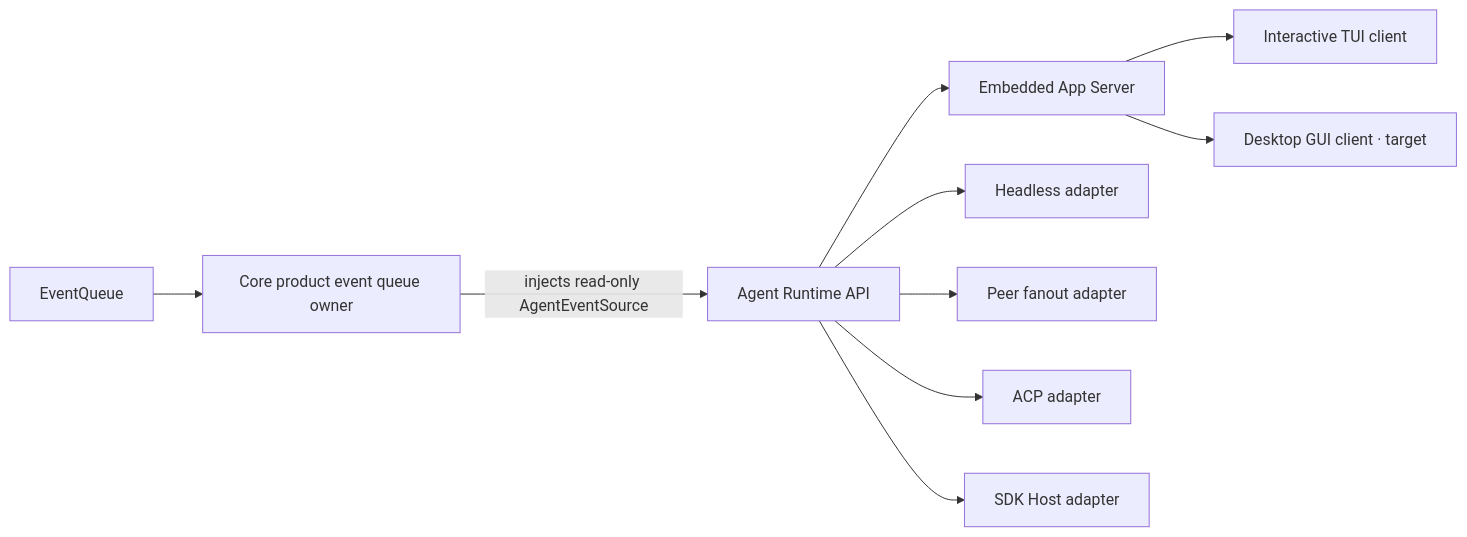
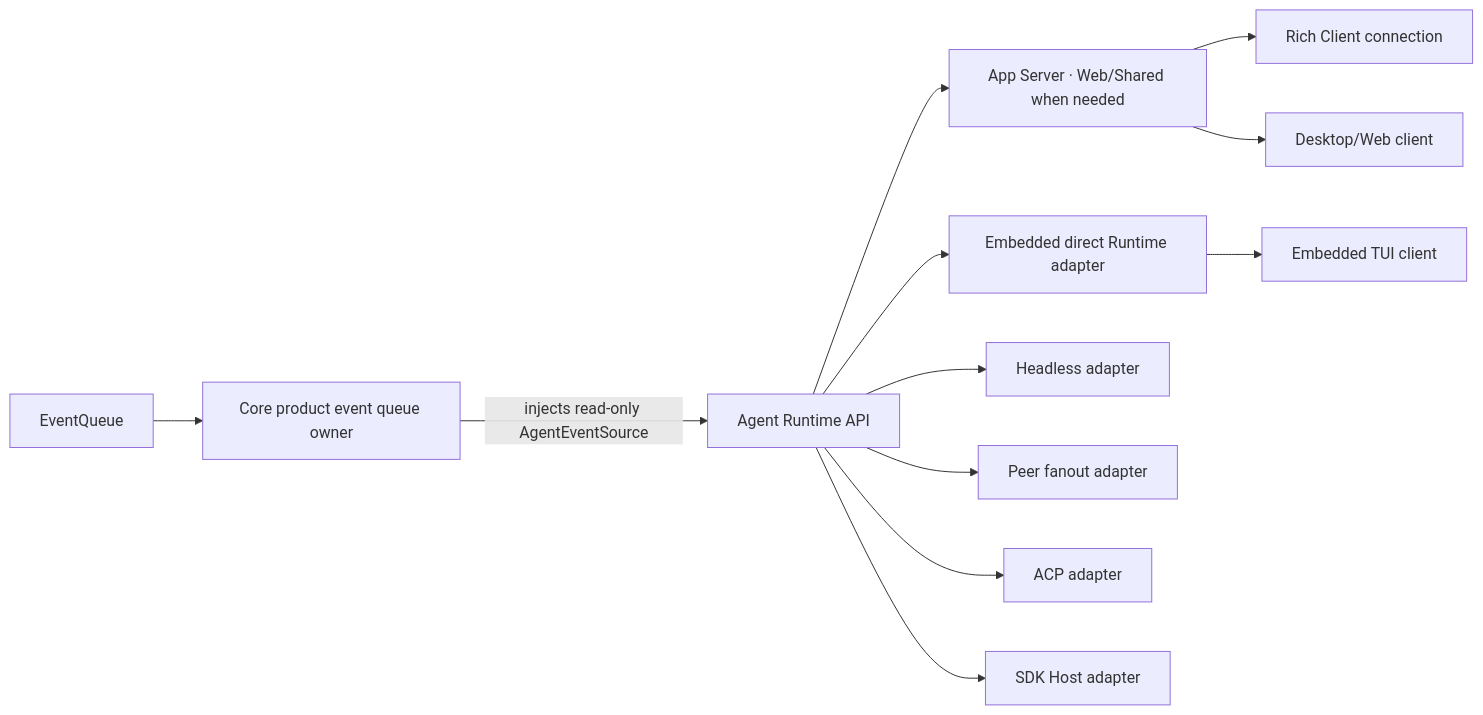
Before and after one commit to 1688mengdie/BitFun: the sixth of 17 diagrams in docs/architecture/agent-runtime-deployment-design.md, drawn with Mermaid. The commit also changed other lines of this file and 4 other files, not shown here.

Commit message:
docs: refine TUI runtime and management boundaries

````diff
--- a/docs/architecture/agent-runtime-deployment-design.md
+++ b/docs/architecture/agent-runtime-deployment-design.md
@@ -125,12 +143,14 @@
 ```mermaid
 flowchart LR
   Queue["EventQueue"] --> Owner["Core product event queue owner"]
   Owner -->|"injects read-only AgentEventSource"| Runtime["Agent Runtime API"]
-  Runtime --> AppServer["Embedded App Server"]
-  AppServer --> TUI["Interactive TUI client"]
-  AppServer --> GUI["Desktop GUI client · target"]
+  Runtime --> AppServer["App Server · Web/Shared when needed"]
+  Runtime --> Direct["Embedded direct Runtime adapter"]
+  AppServer --> TUI["Rich Client connection"]
+  Direct --> TUIEmbedded["Embedded TUI client"]
+  AppServer --> GUI["Desktop/Web client"]
   Runtime --> Exec["Headless adapter"]
   Runtime --> Peer["Peer fanout adapter"]
   Runtime --> ACP["ACP adapter"]
   Runtime --> SDK["SDK Host adapter"]
 ```
````
